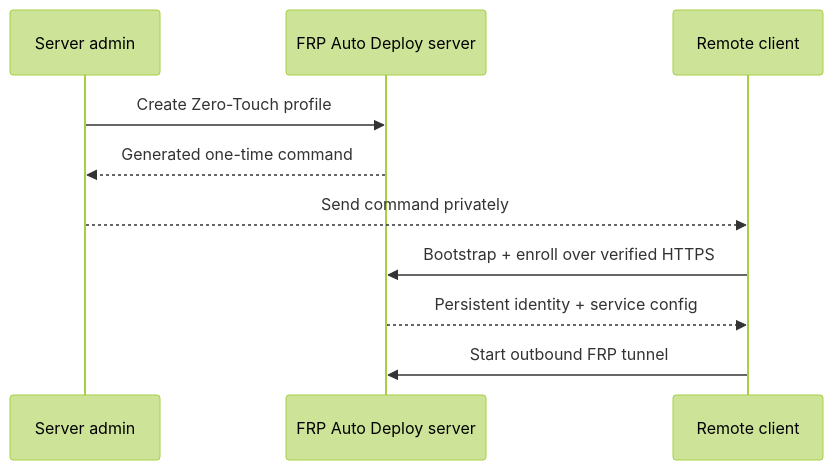
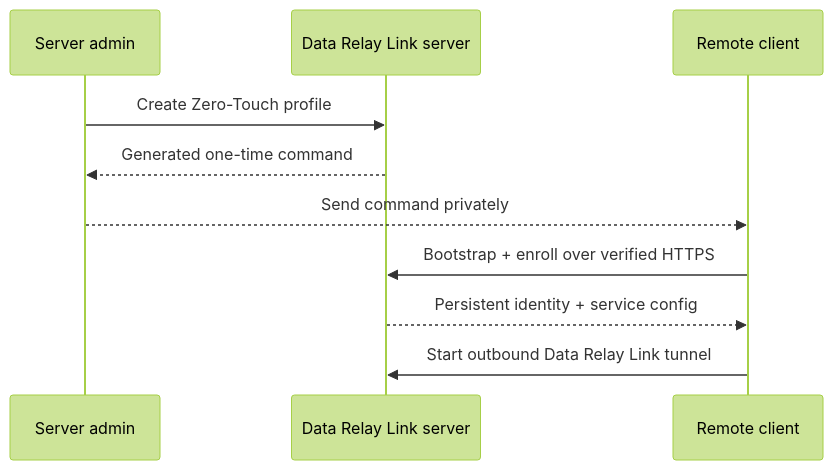
The diagram in guides/zero-touch.mdx (datarelay-labs/data-relay-link-docs), drawn with Mermaid (forest theme) before and after one commit. The commit also changed other lines of this file and 36 other files, not shown here.

````diff
--- a/guides/zero-touch.mdx
+++ b/guides/zero-touch.mdx
@@ -12,13 +12,13 @@
 ```mermaid
 sequenceDiagram
     participant A as Server admin
-    participant S as FRP Auto Deploy server
+    participant S as Data Relay Link server
     participant C as Remote client
 
     A->>S: Create Zero-Touch profile
     S-->>A: Generated one-time command
     A-->>C: Send command privately
     C->>S: Bootstrap + enroll over verified HTTPS
     S-->>C: Persistent identity + service config
-    C->>S: Start outbound FRP tunnel
+    C->>S: Start outbound Data Relay Link tunnel
 ```
````
